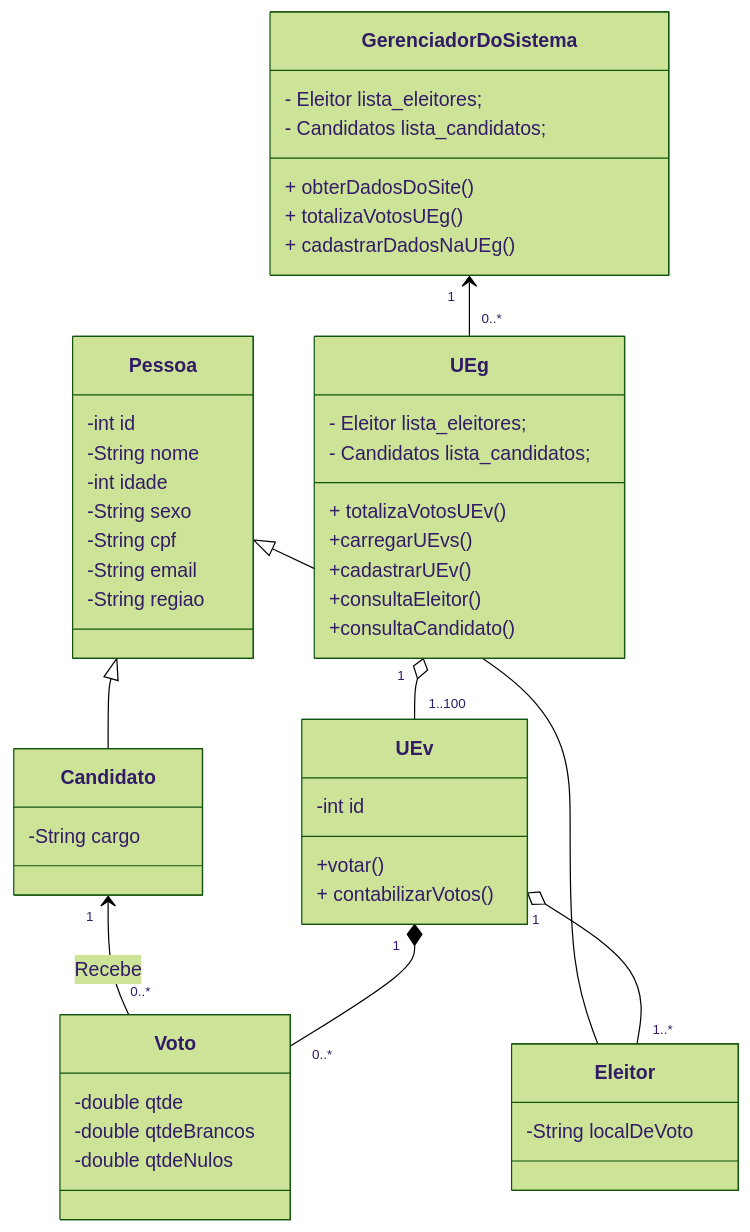
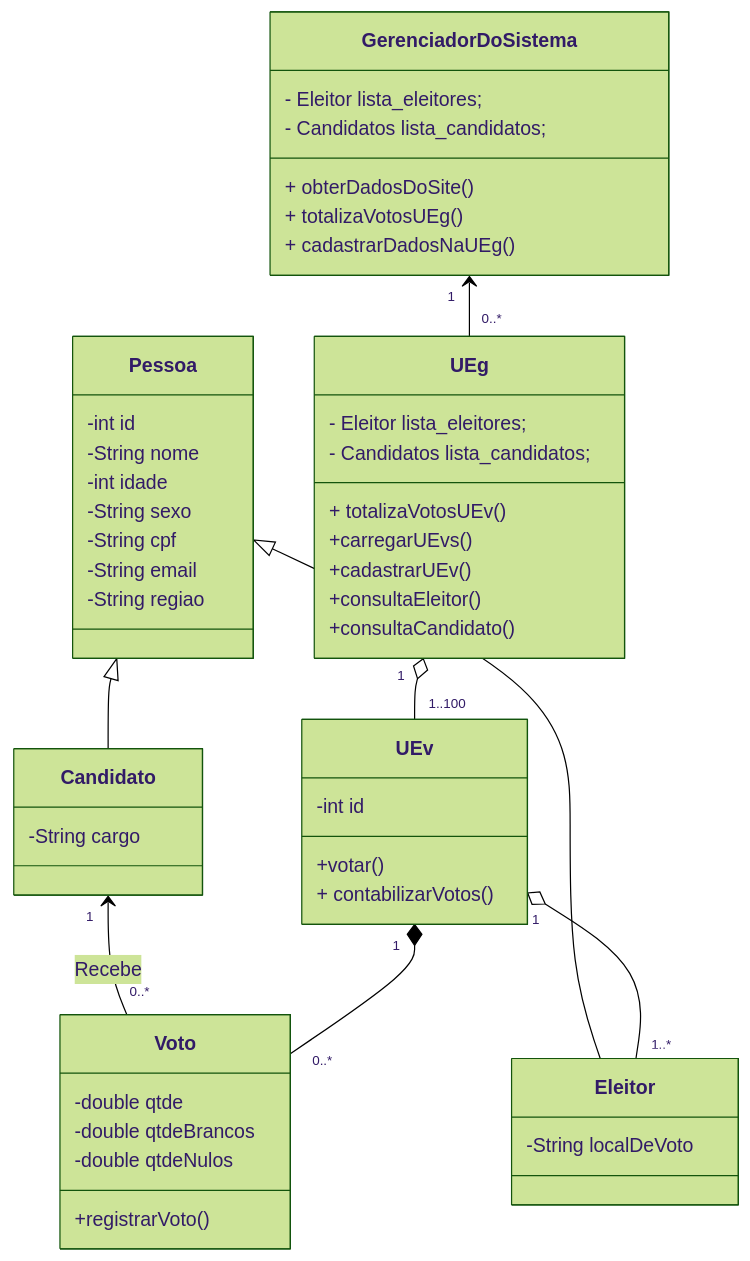
One commit to HenriqueFinatti/Modelagem-De-Software-Orientado-a-Objetos changed the diagram in Lab2-Diagrama_De_Classes/Diagrama_De_Classes2.md. Above: the diagram before and after it, drawn with Mermaid (forest theme).

````diff
--- a/Lab2-Diagrama_De_Classes/Diagrama_De_Classes2.md
+++ b/Lab2-Diagrama_De_Classes/Diagrama_De_Classes2.md
@@ -3,57 +3,58 @@
 ```mermaid
 classDiagram
 Pessoa <|-- Eleitor
 Pessoa <|-- Candidato
 Pessoa: -int id
 Pessoa: -String nome
 Pessoa: -int idade
 Pessoa: -String sexo
 Pessoa: -String cpf
 Pessoa: -String email
 Pessoa: -String regiao
 
 Eleitor: -String localDeVoto
 
 class Candidato{
   -String cargo
 }
 
 class UEg{
     - Eleitor lista_eleitores;
     - Candidatos lista_candidatos;
     + totalizaVotosUEv()
     +carregarUEvs()
     +cadastrarUEv()
     +consultaEleitor()
     +consultaCandidato()
 }
 
 class UEv{
   -int id
   +votar()
   + contabilizarVotos()
 }
 
 class GerenciadorDoSistema{
     - Eleitor lista_eleitores;
     - Candidatos lista_candidatos;
     + obterDadosDoSite()
     + totalizaVotosUEg()
     + cadastrarDadosNaUEg()
 }
 
 class Voto{
   -double qtde
   -double qtdeBrancos
   -double qtdeNulos
+  +registrarVoto()
 }
 
 GerenciadorDoSistema "1" <-- "0..*" UEg
 Candidato "1" <-- "0..*" Voto : Recebe
 UEg "1" o-- "1..100" UEv
 UEv "1" *-- "0..*" Voto
 UEv "1" o-- "1..*" Eleitor
 
 
 
 ```
````
